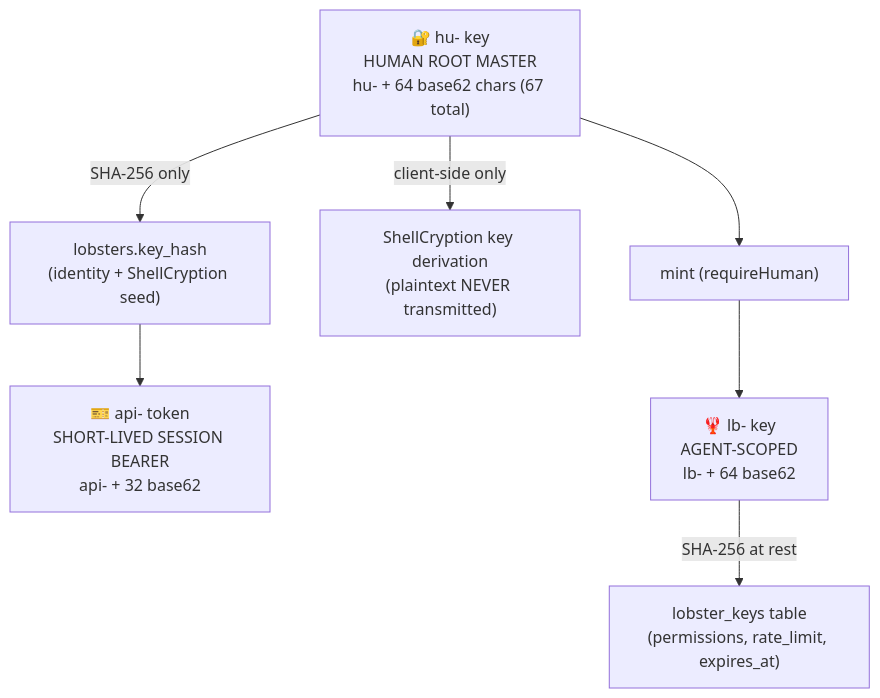
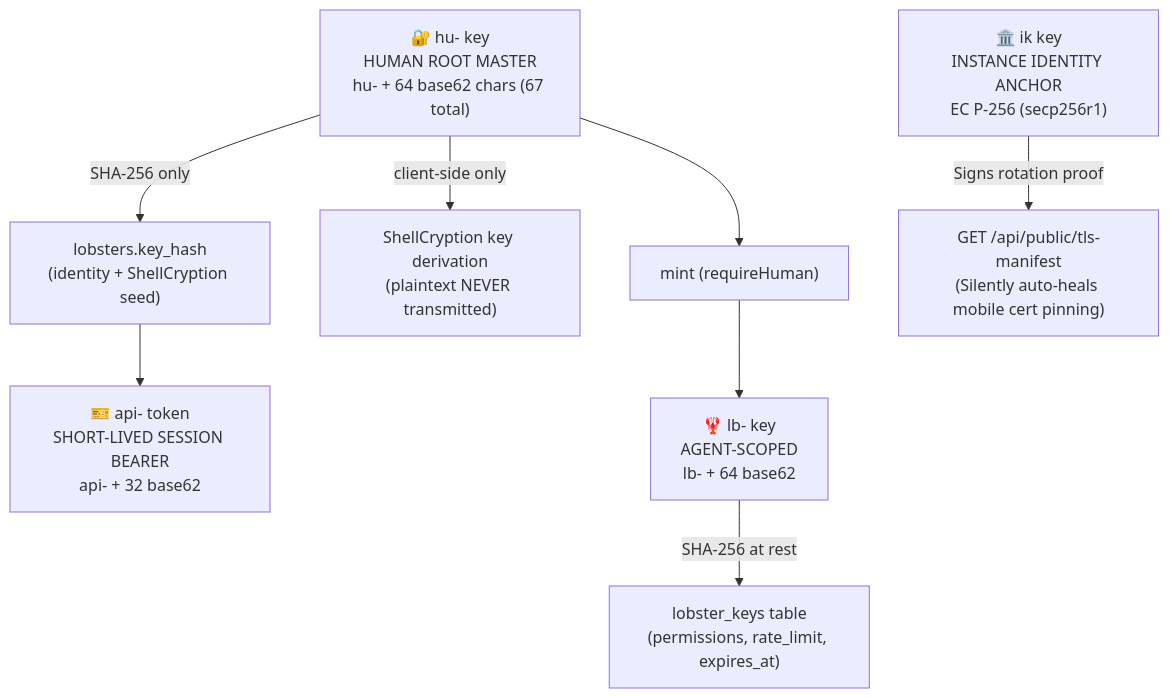
Before and after one commit to ClawStackStudios/ShellGuard: the diagram in project/key-hierarchy-spec.md, drawn with Mermaid. The commit also changed other lines of this file and 32 other files, not shown here.

First line of the commit message:
docs(governance): era-1 archival, era-2 roadmap staging, skills & security matrix

````diff
--- a/project/key-hierarchy-spec.md
+++ b/project/key-hierarchy-spec.md
@@ -10,12 +10,15 @@
 ```mermaid
 flowchart TD
     HU["🔐 hu- key<br/>HUMAN ROOT MASTER<br/>hu- + 64 base62 chars (67 total)"]
     HU -->|"SHA-256 only"| AUTH["lobsters.key_hash<br/>(identity + ShellCryption seed)"]
     HU -->|"client-side only"| SC["ShellCryption key derivation<br/>(plaintext NEVER transmitted)"]
 
     AUTH --> TOKEN["🎫 api- token<br/>SHORT-LIVED SESSION BEARER<br/>api- + 32 base62"]
 
     HU --> MINT["mint (requireHuman)"]
     MINT --> LB["🦞 lb- key<br/>AGENT-SCOPED<br/>lb- + 64 base62"]
     LB -->|"SHA-256 at rest"| KEYS["lobster_keys table<br/>(permissions, rate_limit, expires_at)"]
+
+    IK["🏛️ ik key<br/>INSTANCE IDENTITY ANCHOR<br/>EC P-256 (secp256r1)"]
+    IK -->|"Signs rotation proof"| MANIFEST["GET /api/public/tls-manifest<br/>(Silently auto-heals mobile cert pinning)"]
 ```
````
